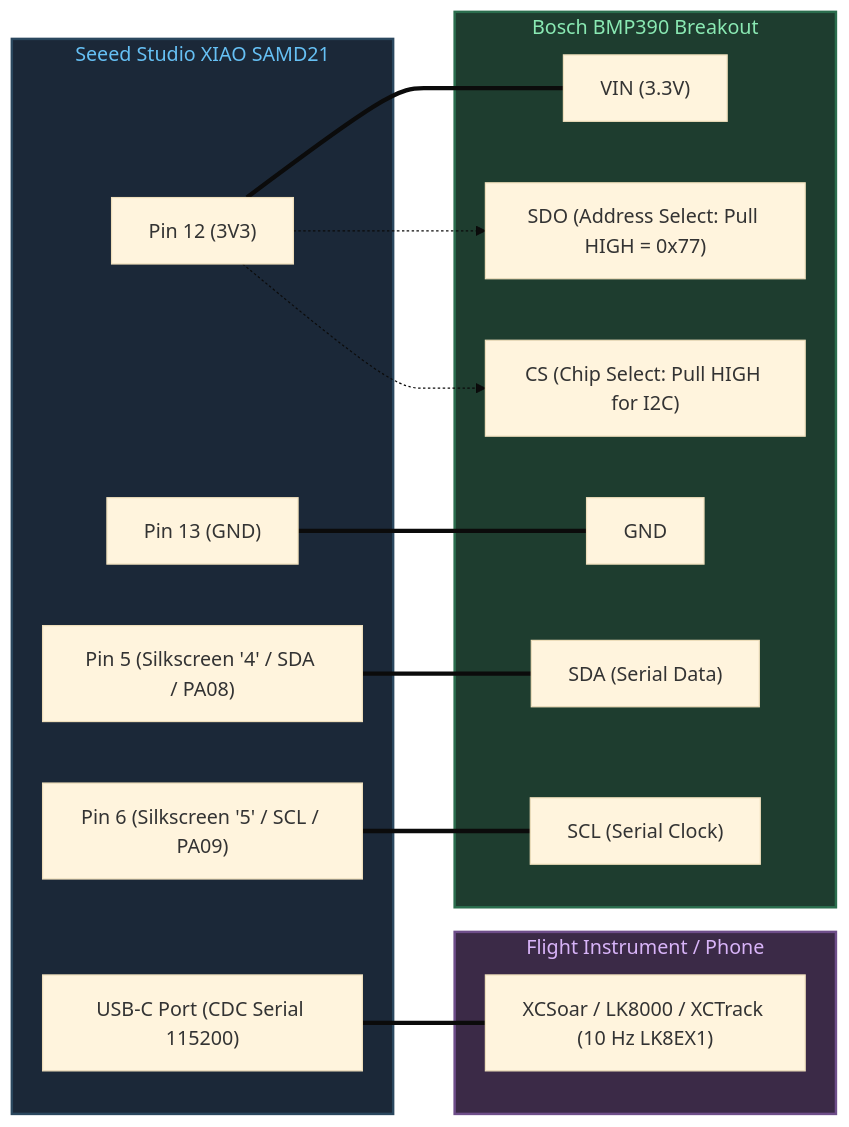
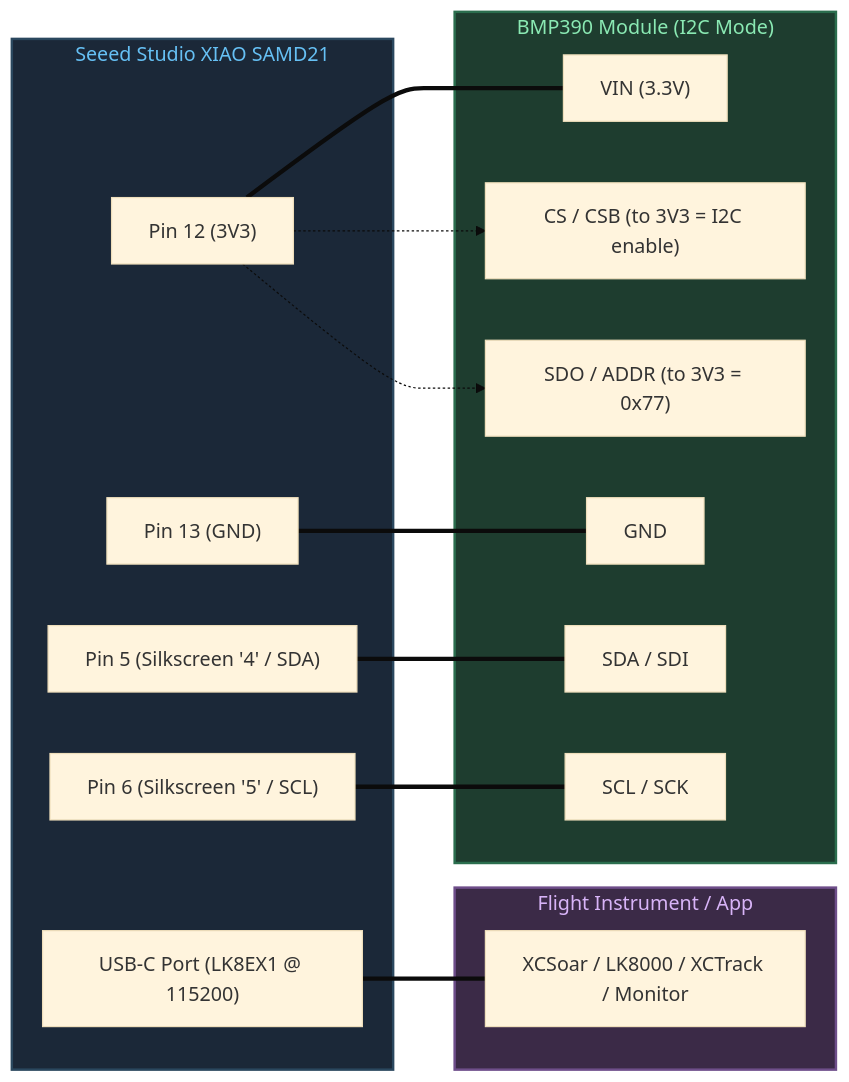
Before and after one commit to MauMau1605/VarioParaglindingEmbedded: the second of 2 diagrams in docs/hardware_wiring.md, drawn with Mermaid (base theme). The commit also changed other lines of this file and 22 other files, not shown here.

````diff
--- a/docs/hardware_wiring.md
+++ b/docs/hardware_wiring.md
@@ -99,38 +200,38 @@
 ```mermaid
 graph LR
     subgraph XIAO ["Seeed Studio XIAO SAMD21"]
         X_3V3["Pin 12 (3V3)"]
         X_GND["Pin 13 (GND)"]
-        X_D4["Pin 5 (Silkscreen '4' / SDA / PA08)"]
-        X_D5["Pin 6 (Silkscreen '5' / SCL / PA09)"]
-        X_USB["USB-C Port (CDC Serial 115200)"]
+        X_D4["Pin 5 (Silkscreen '4' / SDA)"]
+        X_D5["Pin 6 (Silkscreen '5' / SCL)"]
+        X_USB["USB-C Port (LK8EX1 @ 115200)"]
     end
 
-    subgraph BMP ["Bosch BMP390 Breakout"]
+    subgraph BMP ["BMP390 Module (I2C Mode)"]
         B_VIN["VIN (3.3V)"]
         B_GND["GND"]
-        B_SDA["SDA (Serial Data)"]
-        B_SCL["SCL (Serial Clock)"]
-        B_SDO["SDO (Address Select: Pull HIGH = 0x77)"]
-        B_CS["CS (Chip Select: Pull HIGH for I2C)"]
+        B_SDA["SDA / SDI"]
+        B_SCL["SCL / SCK"]
+        B_SDO["SDO / ADDR (to 3V3 = 0x77)"]
+        B_CS["CS / CSB (to 3V3 = I2C enable)"]
     end
 
-    subgraph HOST ["Flight Instrument / Phone"]
-        APP["XCSoar / LK8000 / XCTrack (10 Hz LK8EX1)"]
+    subgraph HOST ["Flight Instrument / App"]
+        APP["XCSoar / LK8000 / XCTrack / Monitor"]
     end
 
     X_3V3 === B_VIN
+    X_3V3 -.-> B_CS
     X_3V3 -.-> B_SDO
-    X_3V3 -.-> B_CS
     X_GND === B_GND
     X_D4 === B_SDA
     X_D5 === B_SCL
     X_USB === APP
 
     classDef xiao fill:#1b2838,stroke:#2a475e,stroke-width:2px,color:#66c0f4;
     classDef bmp fill:#1e3d2f,stroke:#2b6e4e,stroke-width:2px,color:#8ae9b3;
     classDef host fill:#3b2a47,stroke:#6e4e8a,stroke-width:2px,color:#d8b4f8;
     class XIAO xiao;
     class BMP bmp;
     class HOST host;
 ```
````
